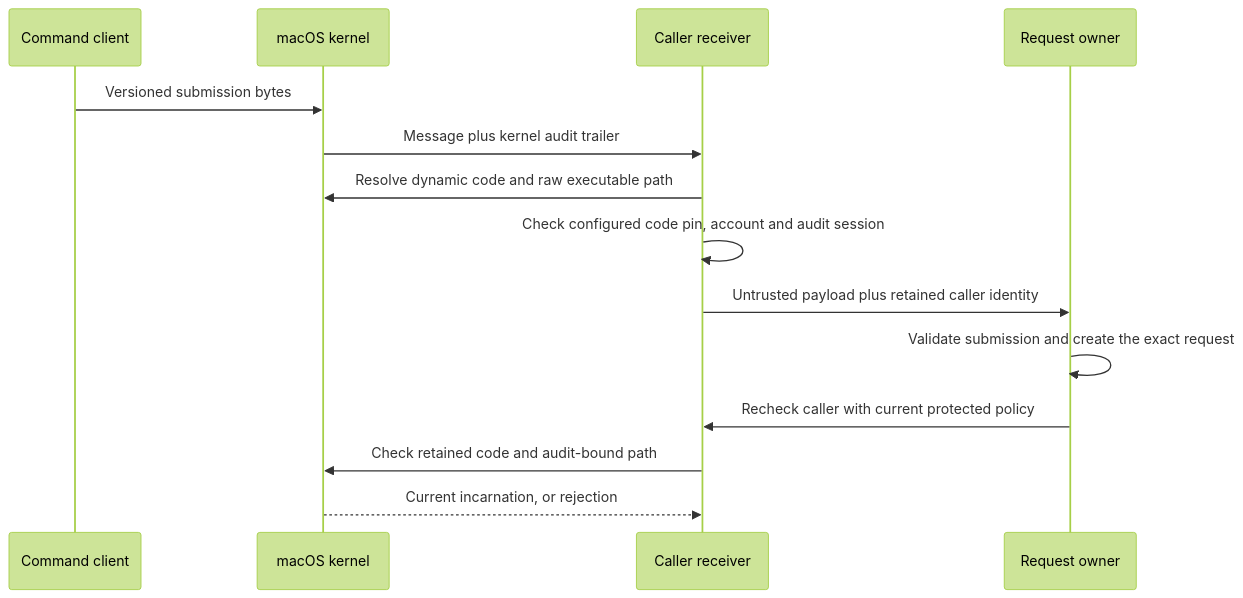
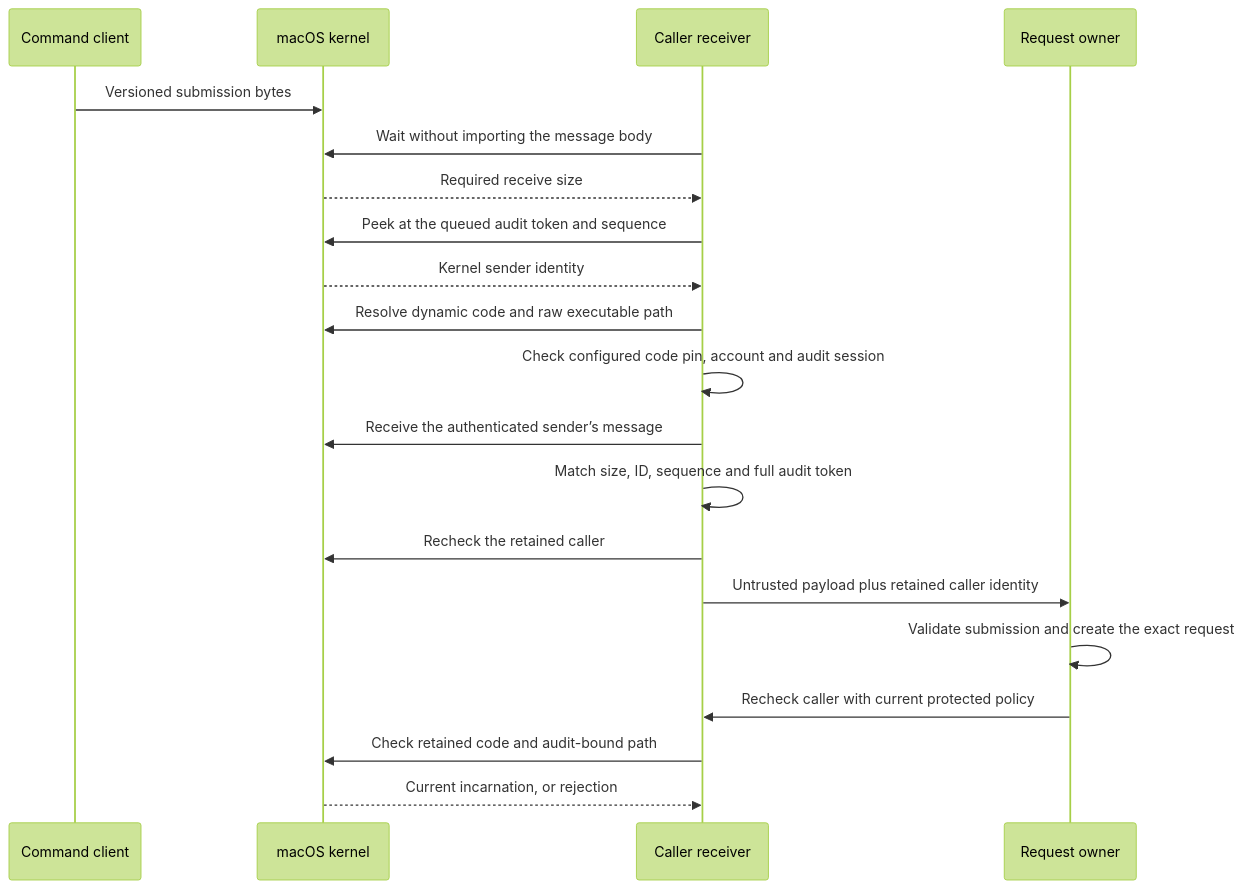
One commit to rock3r/remozio changed the diagram in docs/macos-command-caller-receiver.md. Above: the diagram before and after it, drawn with Mermaid (forest theme). The commit also changed other lines of this file and 6 other files, not shown here.

First line of the commit message:
Authenticate queued command senders before importing Mach resources (#217)

````diff
--- a/docs/macos-command-caller-receiver.md
+++ b/docs/macos-command-caller-receiver.md
@@ -8,16 +8,22 @@
 ```mermaid
 sequenceDiagram
     participant CLI as Command client
     participant K as macOS kernel
     participant R as Caller receiver
     participant O as Request owner
     CLI->>K: Versioned submission bytes
-    K->>R: Message plus kernel audit trailer
+    R->>K: Wait without importing the message body
+    K-->>R: Required receive size
+    R->>K: Peek at the queued audit token and sequence
+    K-->>R: Kernel sender identity
     R->>K: Resolve dynamic code and raw executable path
     R->>R: Check configured code pin, account and audit session
+    R->>K: Receive the authenticated sender’s message
+    R->>R: Match size, ID, sequence and full audit token
+    R->>K: Recheck the retained caller
     R->>O: Untrusted payload plus retained caller identity
     O->>O: Validate submission and create the exact request
     O->>R: Recheck caller with current protected policy
     R->>K: Check retained code and audit-bound path
     K-->>R: Current incarnation, or rejection
 ```
````
